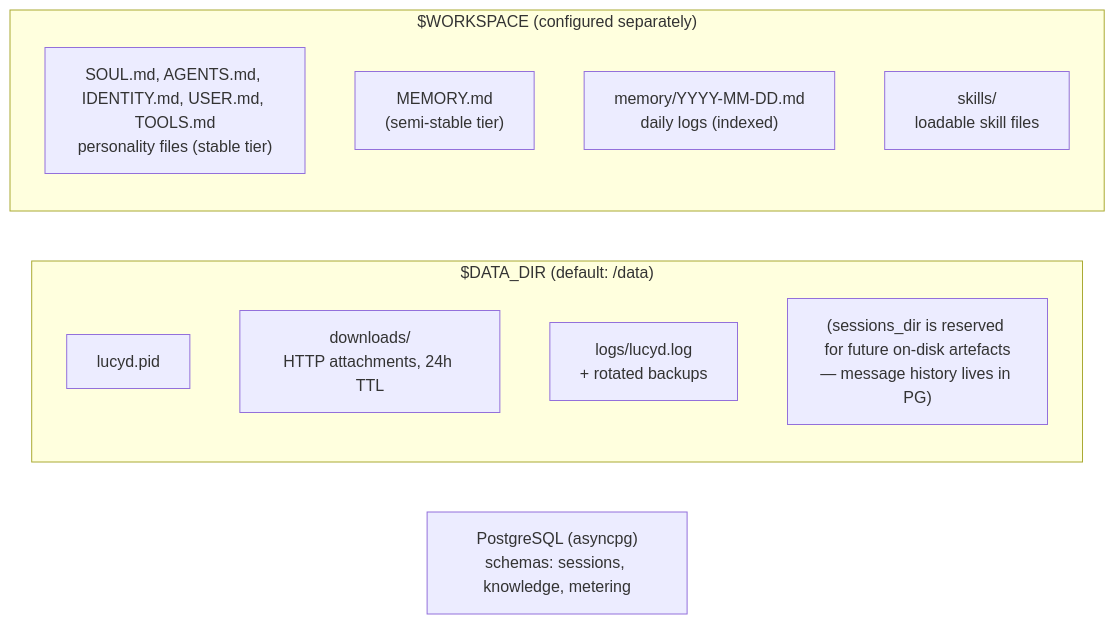
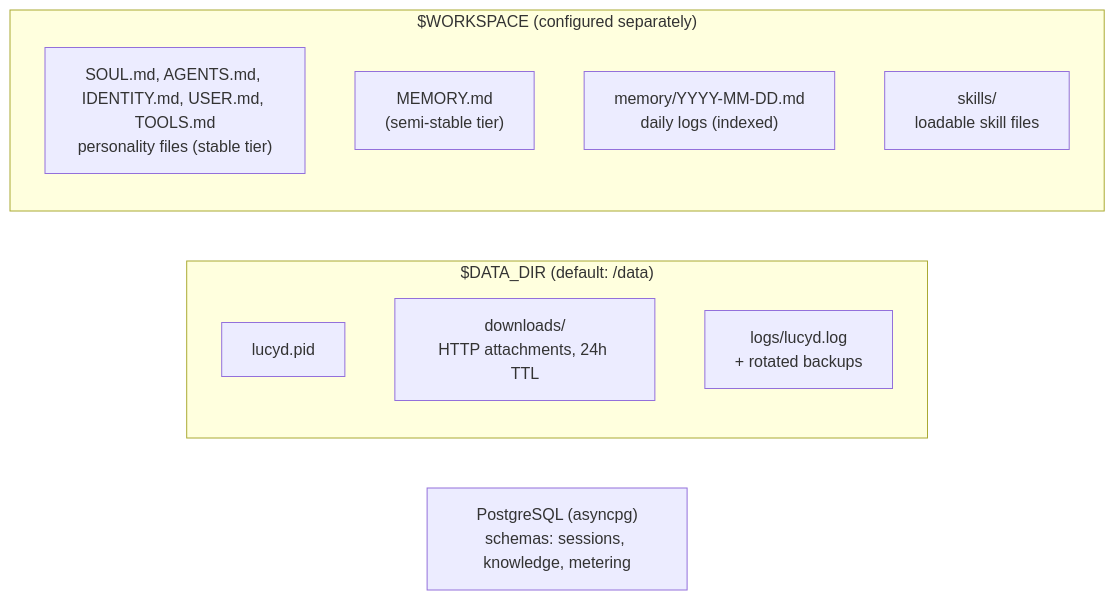
The ninth of 10 diagrams in docs/diagrams.md (nicolasforstinger/lucyd), drawn with Mermaid before and after one commit. The commit also changed other lines of this file and 65 other files, not shown here.

````diff
--- a/docs/diagrams.md
+++ b/docs/diagrams.md
@@ -653,18 +647,17 @@
 ```mermaid
 flowchart LR
     subgraph DataDir["$DATA_DIR (default: /data)"]
         PID["lucyd.pid"]
         DOWNLOADS["downloads/<br/>HTTP attachments, 24h TTL"]
         LOGS["logs/lucyd.log<br/>+ rotated backups"]
-        SESSIONS["(sessions_dir is reserved for future on-disk artefacts<br/>— message history lives in PG)"]
     end
 
     subgraph Workspace["$WORKSPACE (configured separately)"]
         PERSONA["SOUL.md, AGENTS.md, IDENTITY.md, USER.md, TOOLS.md<br/>personality files (stable tier)"]
         MEMORY_MD["MEMORY.md<br/>(semi-stable tier)"]
         MEMORY_DIR["memory/YYYY-MM-DD.md<br/>daily logs (indexed)"]
         SKILLS["skills/<br/>loadable skill files"]
     end
 
     PG["PostgreSQL (asyncpg)<br/>schemas: sessions, knowledge, metering"]
 ```
````
